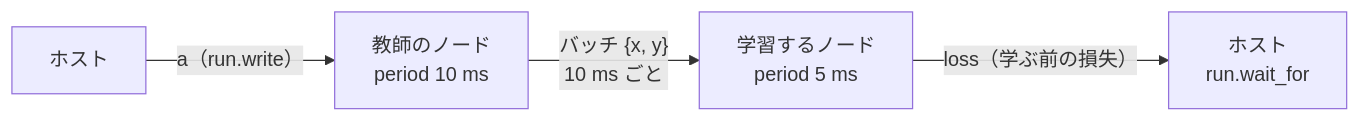
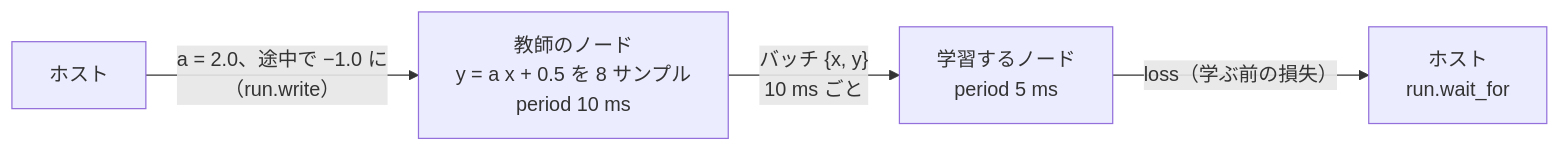
Before and after one commit to Geson-anko/mujou: the first of 2 diagrams in docs/ja/tutorial/4-learn-in-a-node.md, drawn with Mermaid. The commit also changed other lines of this file and 49 other files, not shown here.

````diff
--- a/docs/ja/tutorial/4-learn-in-a-node.md
+++ b/docs/ja/tutorial/4-learn-in-a-node.md
@@ -20,6 +7,6 @@
 ```mermaid
 flowchart LR
-    H1["ホスト"] -->|"a（run.write）"| T["教師のノード<br/>period 10 ms"]
+    H1["ホスト"] -->|"a = 2.0、途中で −1.0 に<br/>（run.write）"| T["教師のノード<br/>y = a x + 0.5 を 8 サンプル<br/>period 10 ms"]
     T -->|"バッチ {x, y}<br/>10 ms ごと"| L["学習するノード<br/>period 5 ms"]
     L -->|"loss（学ぶ前の損失）"| H2["ホスト<br/>run.wait_for"]
 ```
````
